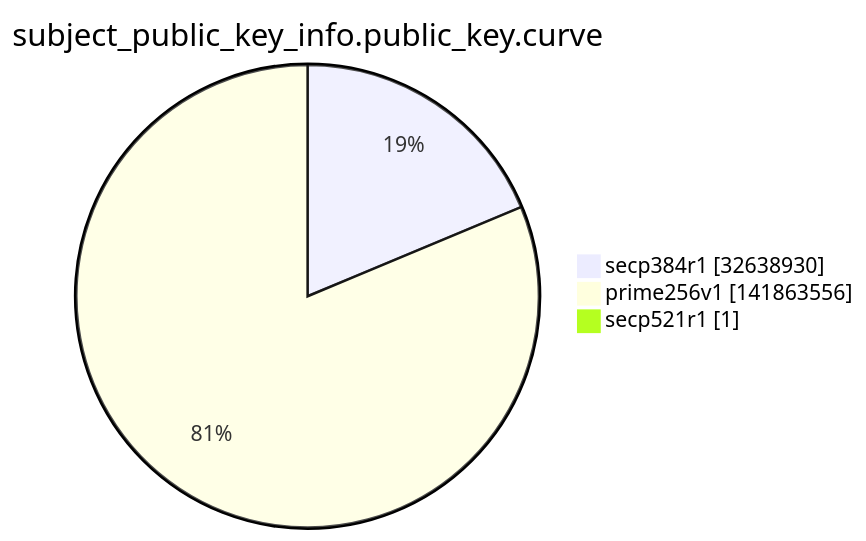
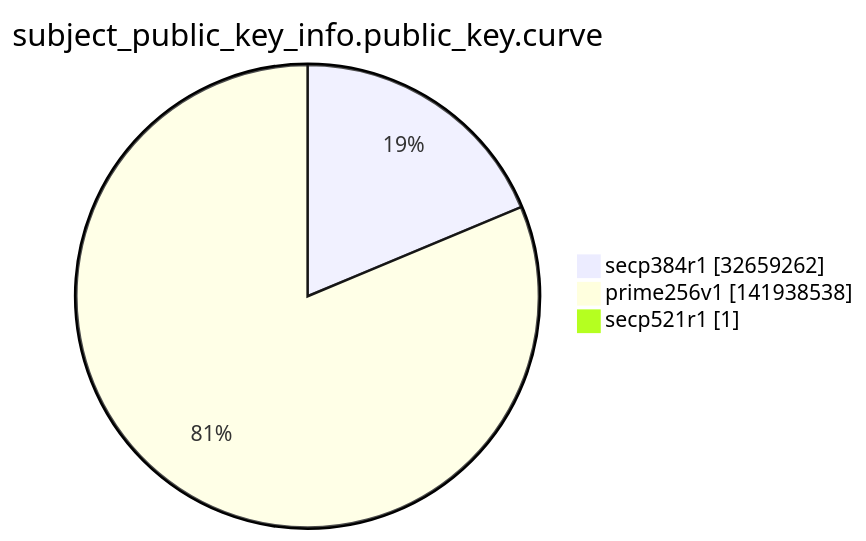
One commit to christiankrug/ctmonitor_visualization changed the ninth of 15 diagrams in argon2022/README.md. Above: the diagram before and after it, drawn with Mermaid. The commit also changed other lines of this file, not shown here.

````diff
--- a/argon2022/README.md
+++ b/argon2022/README.md
@@ -2763,7 +2763,7 @@
 ```mermaid
 pie showData
 title subject_public_key_info.public_key.curve
-"secp384r1" :32638930
-"prime256v1" :141863556
+"secp384r1" :32659262
+"prime256v1" :141938538
 "secp521r1" :1
 ```
````
